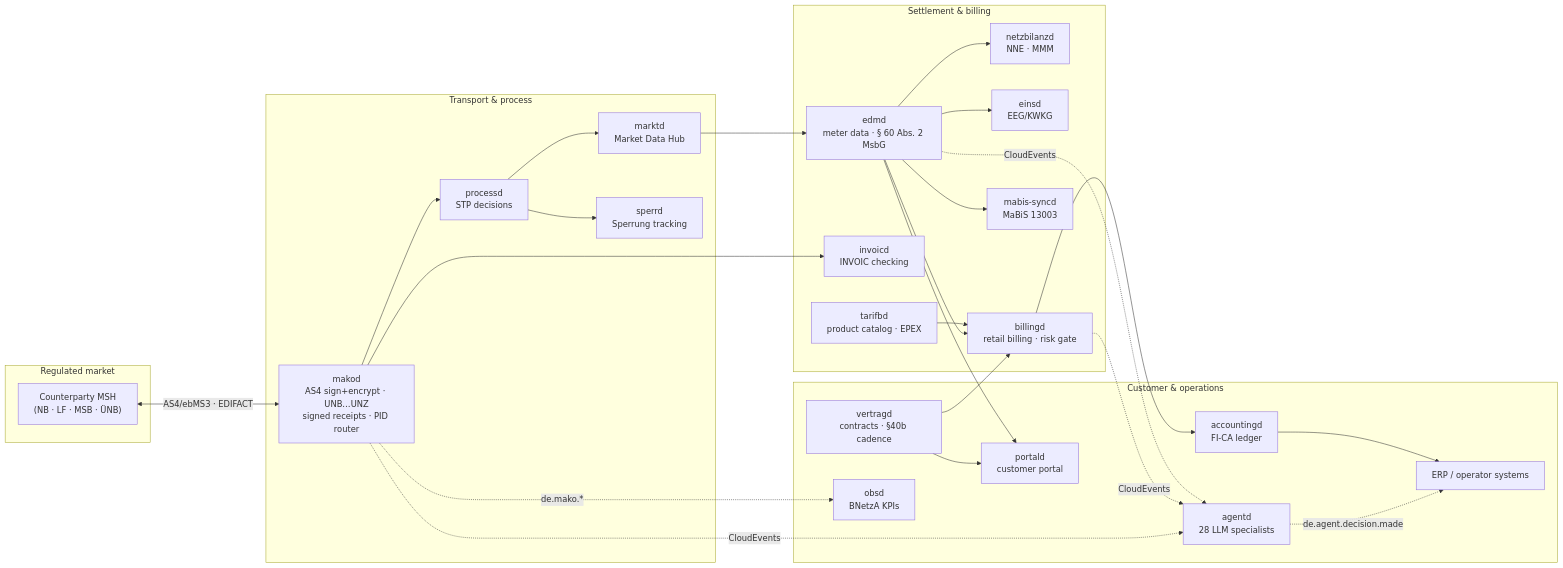
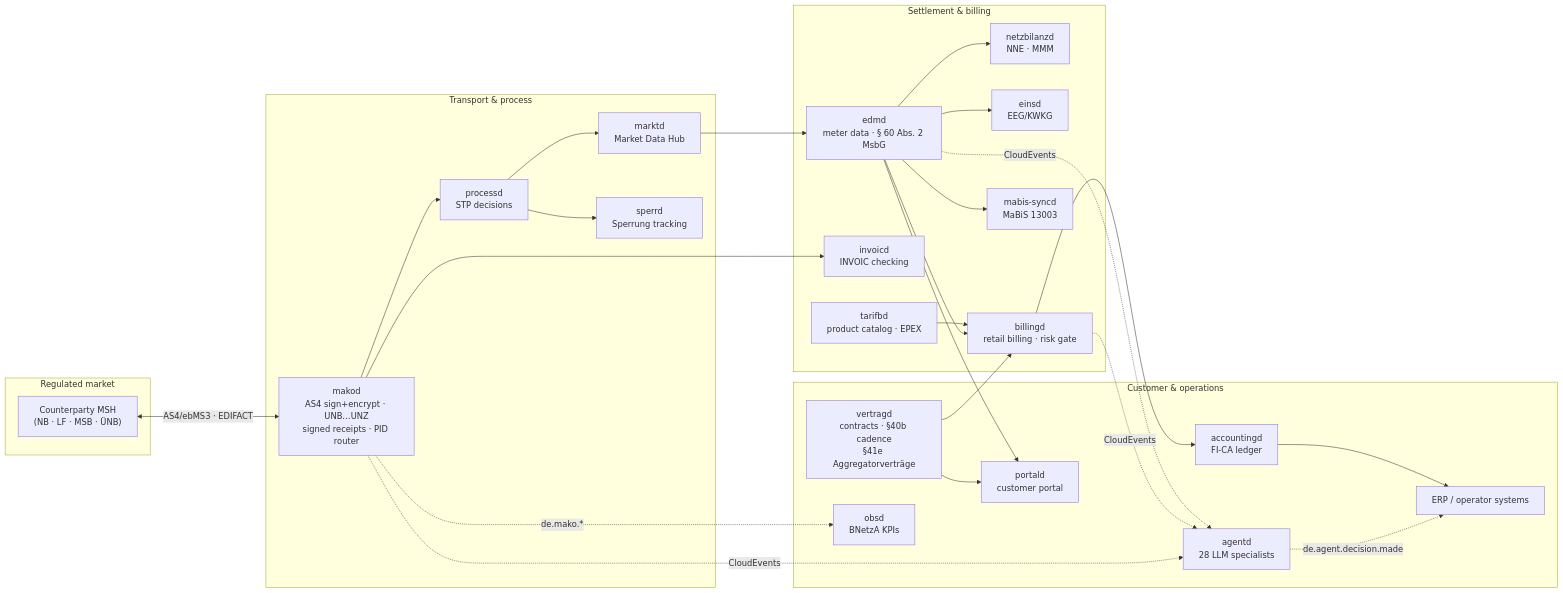
One commit to hupe1980/mako changed the diagram in README.md. Above: the diagram before and after it, drawn with Mermaid. The commit also changed other lines of this file and 276 other files, not shown here.

````diff
--- a/README.md
+++ b/README.md
@@ -34,46 +35,46 @@
 ```mermaid
 flowchart LR
     subgraph Market["Regulated market"]
         MP["Counterparty MSH<br/>(NB · LF · MSB · ÜNB)"]
     end
 
     subgraph Transport["Transport & process"]
         MAKOD["makod<br/>AS4 sign+encrypt · UNB…UNZ<br/>signed receipts · PID router"]
         PROCESSD["processd<br/>STP decisions"]
         MARKTD["marktd<br/>Market Data Hub"]
         SPERRD["sperrd<br/>Sperrung tracking"]
     end
 
     subgraph Settlement["Settlement & billing"]
         EDMD["edmd<br/>meter data · § 60 Abs. 2 MsbG"]
         NETZB["netzbilanzd<br/>NNE · MMM"]
         EINSD["einsd<br/>EEG/KWKG"]
         BILLINGD["billingd<br/>retail billing · risk gate"]
         INVOICD["invoicd<br/>INVOIC checking"]
         MABIS["mabis-syncd<br/>MaBiS 13003"]
         TARIFBD["tarifbd<br/>product catalog · EPEX"]
     end
 
     subgraph Business["Customer & operations"]
-        VERTRAGD["vertragd<br/>contracts · §40b cadence"]
+        VERTRAGD["vertragd<br/>contracts · §40b cadence<br/>§41e Aggregatorverträge"]
         ACCOUNTINGD["accountingd<br/>FI-CA ledger"]
         PORTALD["portald<br/>customer portal"]
         OBSD["obsd<br/>BNetzA KPIs"]
         AGENTD["agentd<br/>28 LLM specialists"]
         ERP["ERP / operator systems"]
     end
 
     MP <-->|"AS4/ebMS3 · EDIFACT"| MAKOD
     MAKOD --> PROCESSD --> MARKTD
     MARKTD --> EDMD --> NETZB & EINSD & BILLINGD & MABIS
     MAKOD --> INVOICD
     TARIFBD --> BILLINGD
     BILLINGD --> ACCOUNTINGD
     VERTRAGD --> BILLINGD
     PROCESSD --> SPERRD
     EDMD & VERTRAGD --> PORTALD
     MAKOD -.->|"de.mako.*"| OBSD
     MAKOD & BILLINGD & EDMD -.->|"CloudEvents"| AGENTD
     AGENTD -.->|"de.agent.decision.made"| ERP
     ACCOUNTINGD --> ERP
 ```
````
